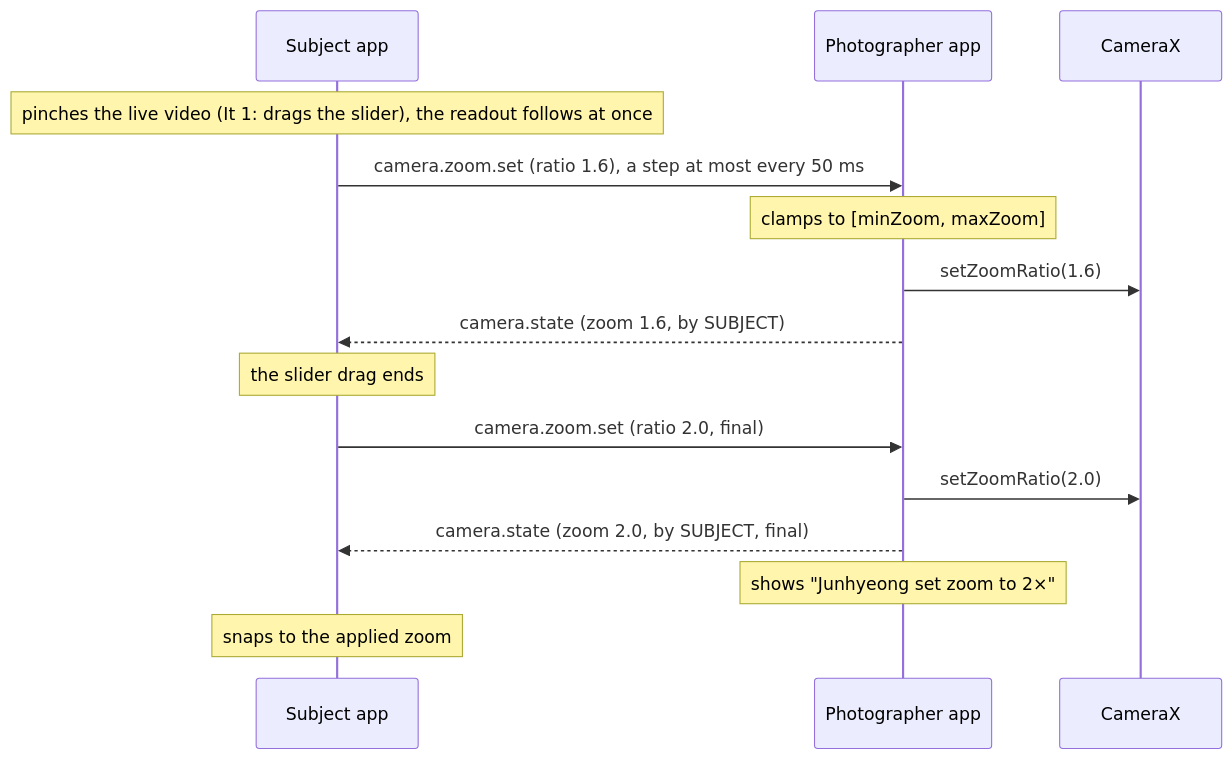
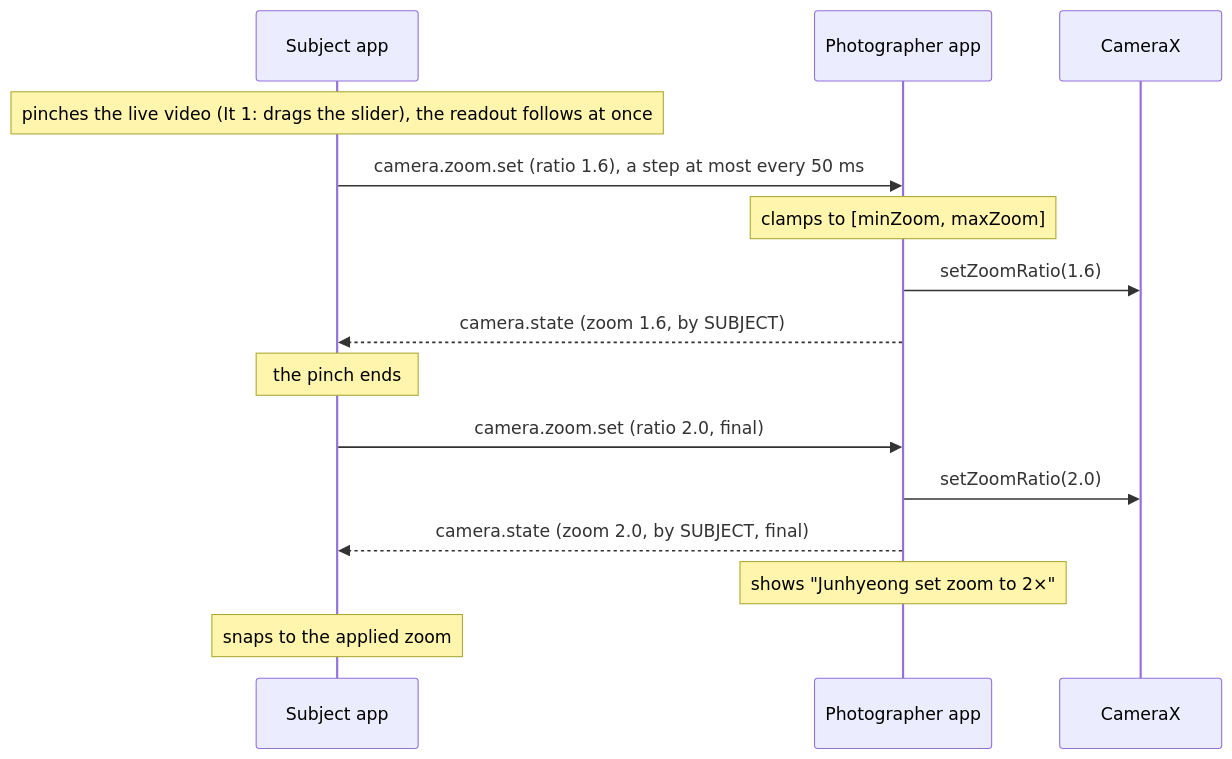
One commit to snuhcs-course/swpp-2026-project-team-10 changed the second of 12 diagrams in wiki/Design-Documentation.md. Above: the diagram before and after it, drawn with Mermaid. The commit also changed other lines of this file and 6 other files, not shown here.

First line of the commit message:
chore: remove the zoom slider; document pinch zoom and the guide-edit mode

````diff
--- a/wiki/Design-Documentation.md
+++ b/wiki/Design-Documentation.md
@@ -142,17 +142,17 @@
 ```mermaid
 sequenceDiagram
   participant S as Subject app
   participant P as Photographer app
   participant C as CameraX
   Note over S: pinches the live video (It 1: drags the slider), the readout follows at once
   S->>P: camera.zoom.set (ratio 1.6), a step at most every 50 ms
   Note over P: clamps to [minZoom, maxZoom]
   P->>C: setZoomRatio(1.6)
   P-->>S: camera.state (zoom 1.6, by SUBJECT)
-  Note over S: the slider drag ends
+  Note over S: the pinch ends
   S->>P: camera.zoom.set (ratio 2.0, final)
   P->>C: setZoomRatio(2.0)
   P-->>S: camera.state (zoom 2.0, by SUBJECT, final)
   Note over P: shows "Junhyeong set zoom to 2×"
   Note over S: snaps to the applied zoom
 ```
````
